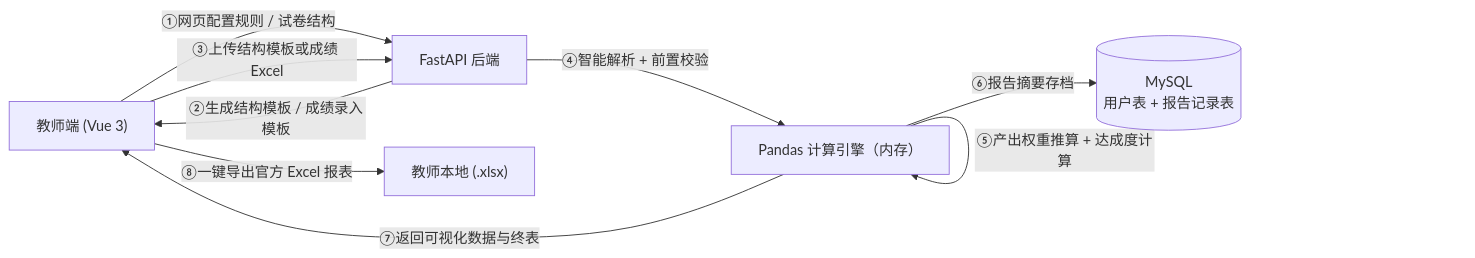
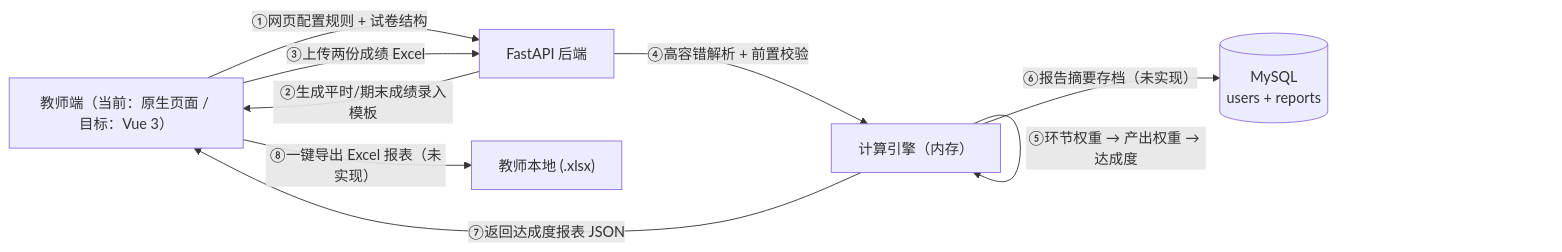
The diagram in docs/项目文档.md (1579231583/course-outcome-attainment-analysis), drawn with Mermaid before and after one commit. The commit also changed other lines of this file and 23 other files, not shown here.

````diff
--- a/docs/项目文档.md
+++ b/docs/项目文档.md
@@ -37,11 +51,11 @@
 ```mermaid
 flowchart LR
-    A["教师端 (Vue 3)"] -->|"①网页配置规则 / 试卷结构"| B["FastAPI 后端"]
-    B -->|"②生成结构模板 / 成绩录入模板"| A
-    A -->|"③上传结构模板或成绩 Excel"| B
-    B -->|"④智能解析 + 前置校验"| C["Pandas 计算引擎（内存）"]
-    C -->|"⑤产出权重推算 + 达成度计算"| C
-    C -->|"⑥报告摘要存档"| D[("MySQL\n用户表 + 报告记录表")]
-    C -->|"⑦返回可视化数据与终表"| A
-    A -->|"⑧一键导出官方 Excel 报表"| E["教师本地 (.xlsx)"]
+    A["教师端（当前：原生页面 / 目标：Vue 3）"] -->|"①网页配置规则 + 试卷结构"| B["FastAPI 后端"]
+    B -->|"②生成平时/期末成绩录入模板"| A
+    A -->|"③上传两份成绩 Excel"| B
+    B -->|"④高容错解析 + 前置校验"| C["计算引擎（内存）"]
+    C -->|"⑤环节权重 → 产出权重 → 达成度"| C
+    C -->|"⑥报告摘要存档（未实现）"| D[("MySQL\nusers + reports")]
+    C -->|"⑦返回达成度报表 JSON"| A
+    A -->|"⑧一键导出 Excel 报表（未实现）"| E["教师本地 (.xlsx)"]
 ```
````
